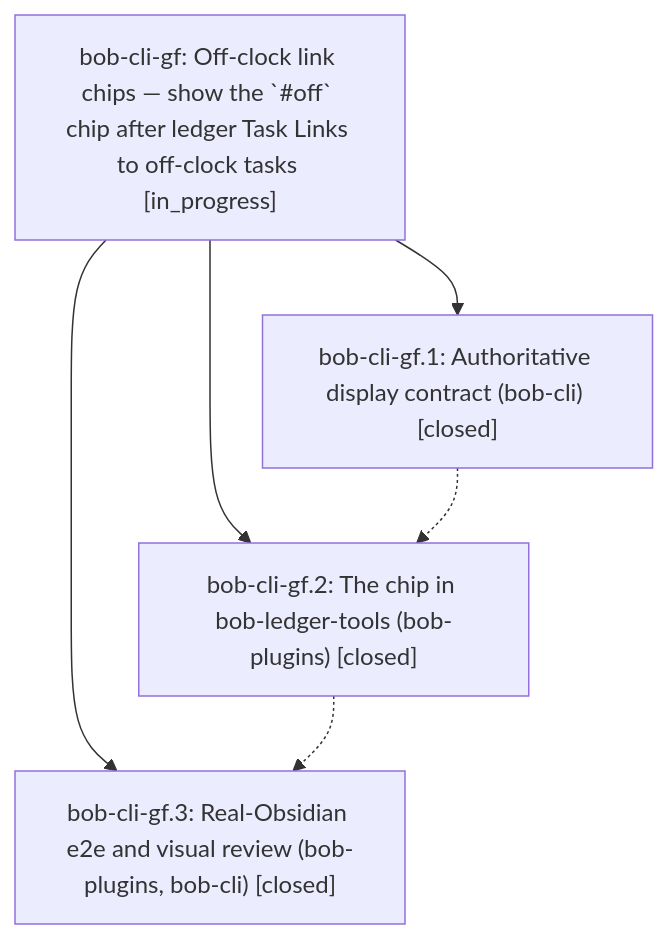
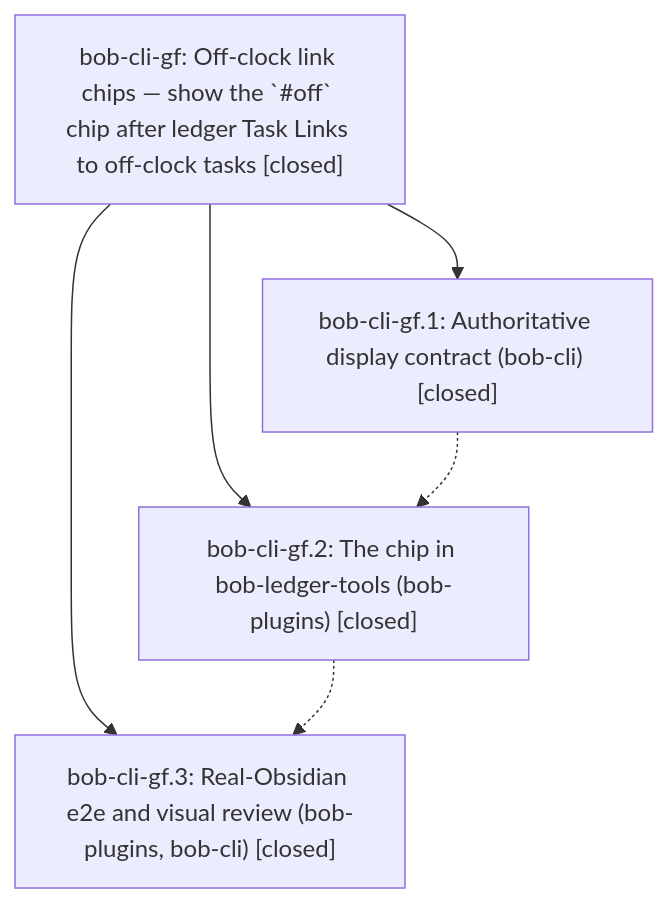
Before and after one commit to bobs-org/bob-cli--beads: the diagram in pages/bob-cli-gf/README.md, drawn with Mermaid. The commit also changed other lines of this file and 1 other file, not shown here.

First line of the commit message:
chore(beads): sync bead state and pages for bob-cli-gf

````diff
--- a/pages/bob-cli-gf/README.md
+++ b/pages/bob-cli-gf/README.md
@@ -58,12 +64,12 @@
 ```mermaid
 flowchart TD
-    n0["bob-cli-gf: Off-clock link chips — show the `#off` chip after ledger Task Links to off-clock tasks [in_progress]"]
+    n0["bob-cli-gf: Off-clock link chips — show the `#off` chip after ledger Task Links to off-clock tasks [closed]"]
     n1["bob-cli-gf.1: Authoritative display contract (bob-cli) [closed]"]
     n2["bob-cli-gf.2: The chip in bob-ledger-tools (bob-plugins) [closed]"]
     n3["bob-cli-gf.3: Real-Obsidian e2e and visual review (bob-plugins, bob-cli) [closed]"]
     n0 --> n1
     n0 --> n2
     n0 --> n3
     n1 -.-> n2
     n2 -.-> n3
 ```
````
